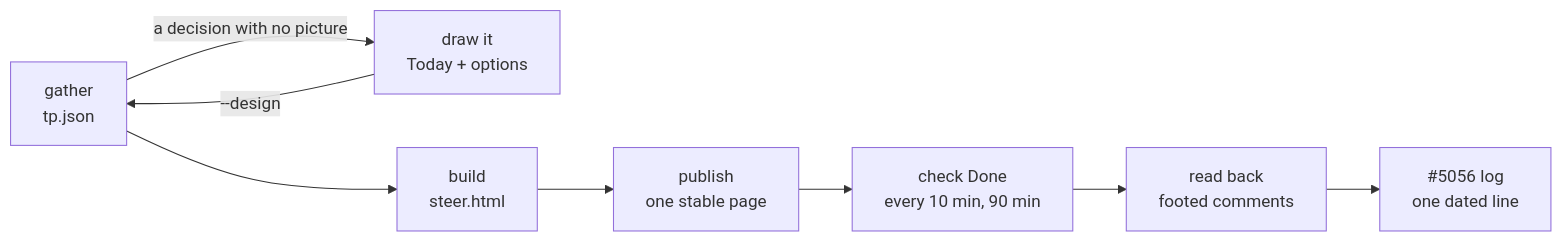
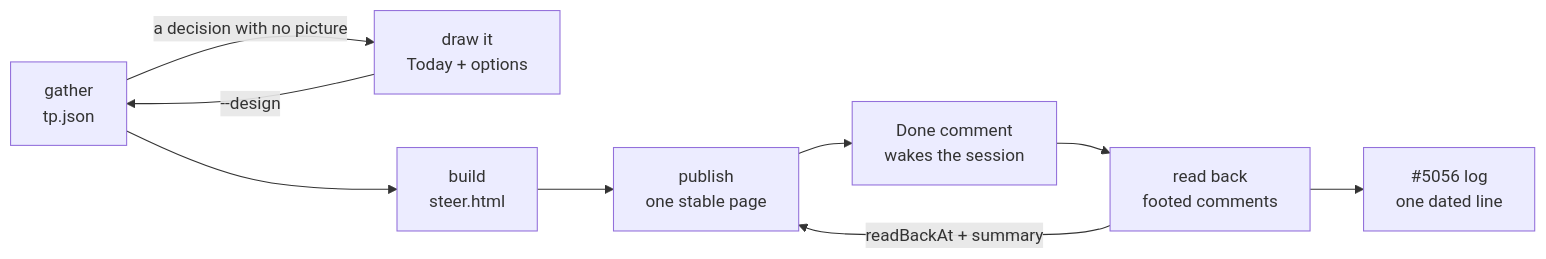
The diagram in .claude/skills/steer/SKILL.md (ejclark/skynet-capital), drawn with Mermaid before and after one commit. The commit also changed other lines of this file and 11 other files, not shown here.

First line of the commit message:
fix(steer): done tells claude and shows the read-back (#5135) (#5138)

````diff
--- a/.claude/skills/steer/SKILL.md
+++ b/.claude/skills/steer/SKILL.md
@@ -20,10 +20,11 @@
 ```mermaid
 flowchart LR
   G["gather<br/>tp.json"] -->|"a decision with no picture"| D["draw it<br/>Today + options"]
   D -->|"--design"| G
   G --> B["build<br/>steer.html"]
   B --> P["publish<br/>one stable page"]
-  P --> W["check Done<br/>every 10 min, 90 min"]
+  P --> W["Done comment<br/>wakes the session"]
   W --> R["read back<br/>footed comments"]
+  R -->|"readBackAt + summary"| P
   R --> S["#5056 log<br/>one dated line"]
 ```
````
